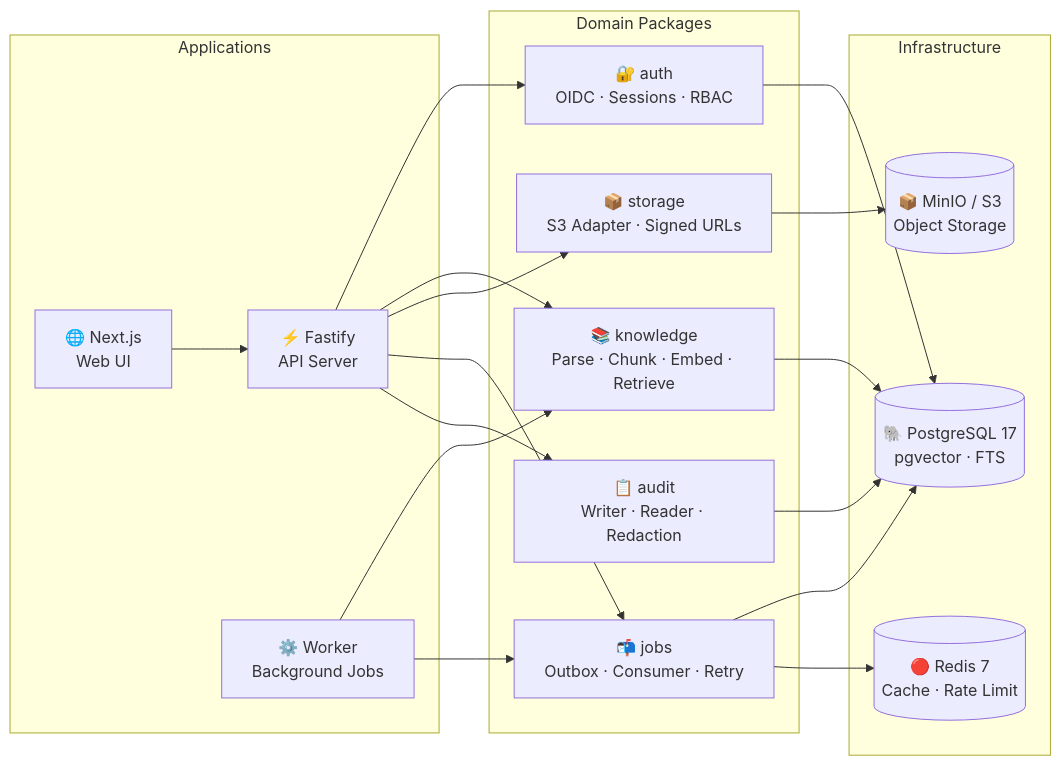
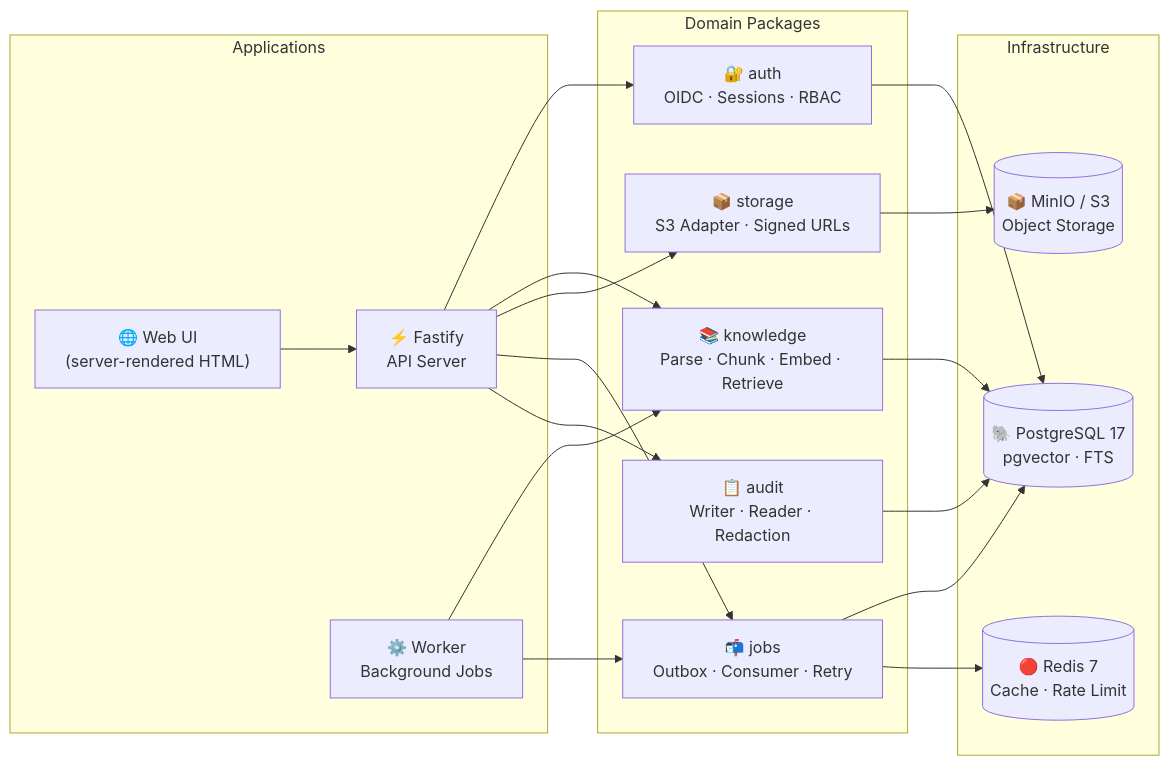
Before and after one commit to MerverliPy/personal-intelligence-agent: the diagram in README.md, drawn with Mermaid. The commit also changed other lines of this file and 1 other file, not shown here.

````diff
--- a/README.md
+++ b/README.md
@@ -558,29 +558,29 @@
 ```mermaid
 graph LR
     subgraph Applications
-        WEB["🌐 Next.js<br/>Web UI"]
+        WEB["🌐 Web UI<br/>(server-rendered HTML)"]
         API["⚡ Fastify<br/>API Server"]
         WRK["⚙️ Worker<br/>Background Jobs"]
     end
 
     subgraph Domain Packages
         AUTH["🔐 auth<br/>OIDC · Sessions · RBAC"]
         KNOW["📚 knowledge<br/>Parse · Chunk · Embed · Retrieve"]
         JOBS["📬 jobs<br/>Outbox · Consumer · Retry"]
         STOR["📦 storage<br/>S3 Adapter · Signed URLs"]
         AUD["📋 audit<br/>Writer · Reader · Redaction"]
     end
 
     subgraph Infrastructure
         PG[("🐘 PostgreSQL 17<br/>pgvector · FTS")]
         RD[("🔴 Redis 7<br/>Cache · Rate Limit")]
         S3[("📦 MinIO / S3<br/>Object Storage")]
     end
 
     API --> AUTH & KNOW & STOR & JOBS & AUD
     WRK --> KNOW & JOBS
     WEB --> API
     AUTH & KNOW & JOBS & AUD --> PG
     JOBS --> RD
     STOR --> S3
 ```
````
